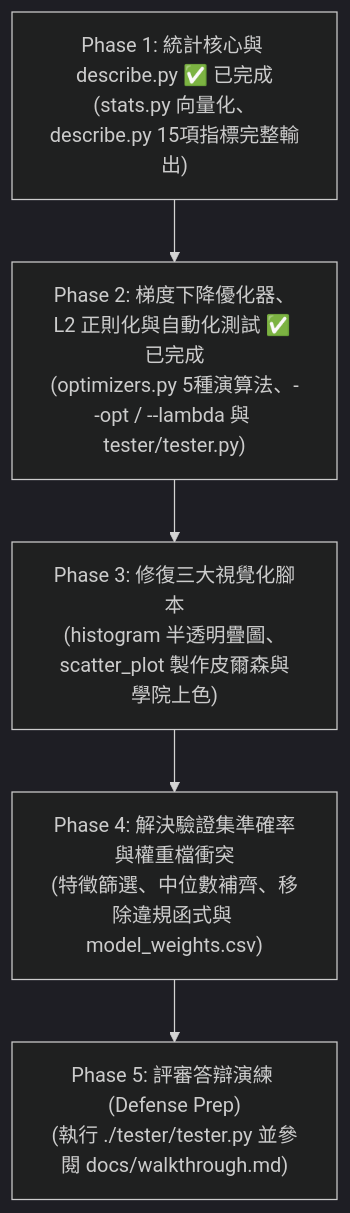
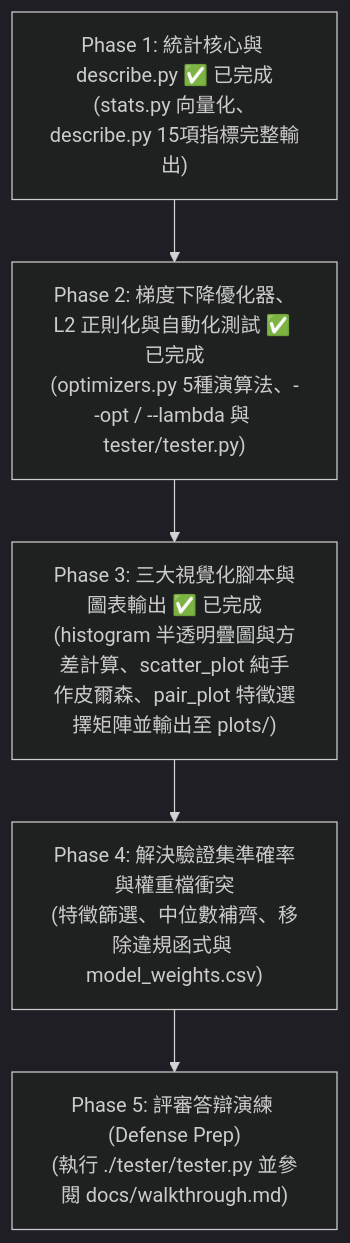
One commit to GauChau/dslr changed the first of 2 diagrams in docs/TODO.md. Above: the diagram before and after it, drawn with Mermaid (dark theme). The commit also changed other lines of this file and 11 other files, not shown here.

````diff
--- a/docs/TODO.md
+++ b/docs/TODO.md
@@ -160,7 +170,7 @@
 ```mermaid
 flowchart TD
     A["Phase 1: 統計核心與 describe.py ✅ 已完成<br>(stats.py 向量化、describe.py 15項指標完整輸出)"] --> B["Phase 2: 梯度下降優化器、L2 正則化與自動化測試 ✅ 已完成<br>(optimizers.py 5種演算法、--opt / --lambda 與 tester/tester.py)"]
-    B --> C["Phase 3: 修復三大視覺化腳本<br>(histogram 半透明疊圖、scatter_plot 製作皮爾森與學院上色)"]
+    B --> C["Phase 3: 三大視覺化腳本與圖表輸出 ✅ 已完成<br>(histogram 半透明疊圖與方差計算、scatter_plot 純手作皮爾森、pair_plot 特徵選擇矩陣並輸出至 plots/)"]
     C --> D["Phase 4: 解決驗證集準確率與權重檔衝突<br>(特徵篩選、中位數補齊、移除違規函式與 model_weights.csv)"]
     D --> E["Phase 5: 評審答辯演練 (Defense Prep)<br>(執行 ./tester/tester.py 並參閱 docs/walkthrough.md)"]
 ```
````
